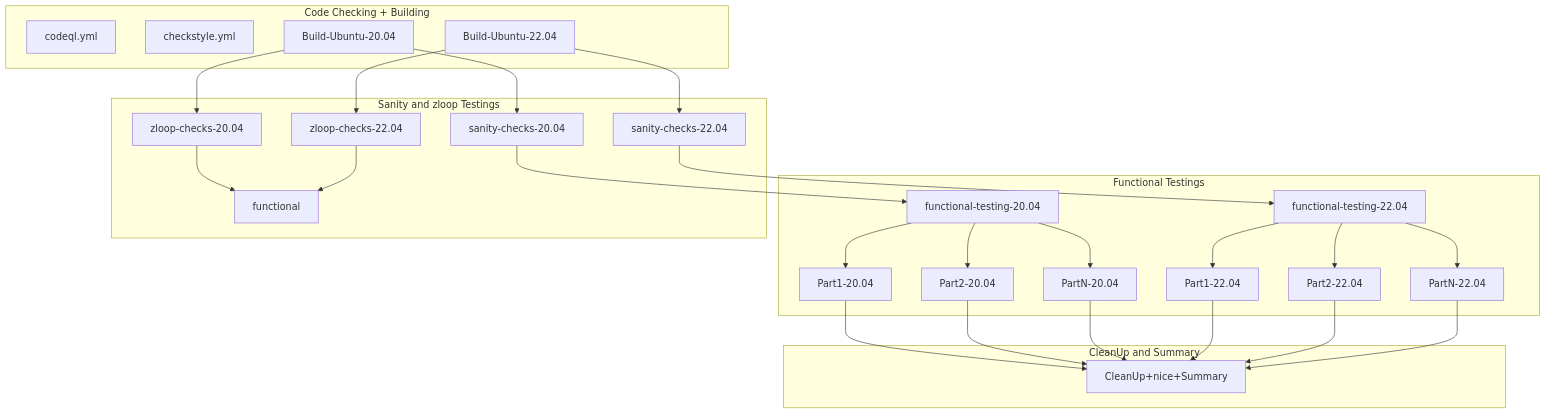
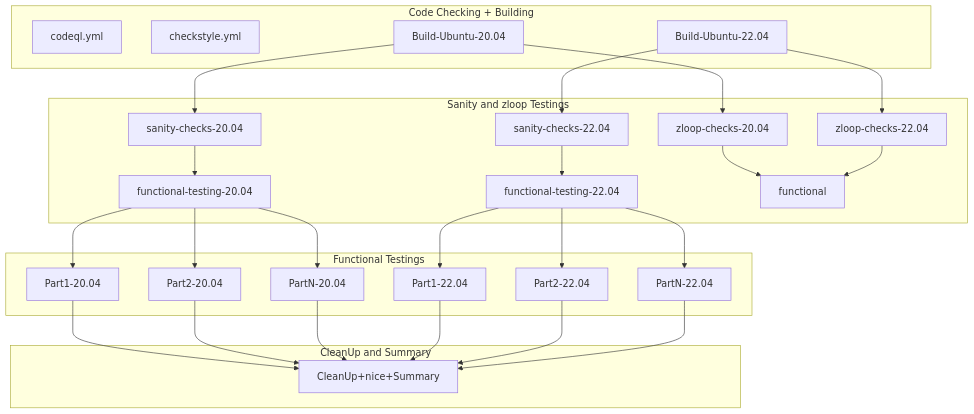
One commit to andrewc12/openzfs changed the diagram in .github/workflows/README.md. Above: the diagram before and after it, drawn with Mermaid.

````diff
--- a/.github/workflows/README.md
+++ b/.github/workflows/README.md
@@ -4,59 +4,60 @@
 ```mermaid
 flowchart TB
-subgraph CleanUp and Summary
-  CleanUp+nice+Summary
+subgraph Code Checking + Building
+  codeql.yml
+  checkstyle.yml
+  Build-Ubuntu-20.04
+  Build-Ubuntu-22.04
+  Build-Ubuntu-20.04
+  Build-Ubuntu-22.04
+end
+
+subgraph Sanity and zloop Testings
+  sanity-checks-20.04
+  functional-testing-20.04
+  sanity-checks-22.04
+  functional-testing-22.04
+  zloop-checks-20.04
+  functional
+  zloop-checks-22.04
 end
 
 subgraph Functional Testings
   functional-testing-20.04
   functional-testing-22.04
   Part1-20.04
   Part2-20.04
   PartN-20.04
   Part1-22.04
   Part2-22.04
   PartN-22.04
 end
 
-subgraph Sanity and zloop Testings
-  sanity-checks-20.04
-  functional-testing-20.04
-  sanity-checks-22.04
-  functional-testing-22.04
-  zloop-checks-20.04
-  functional
-  zloop-checks-22.04
+subgraph CleanUp and Summary
+  CleanUp+nice+Summary
 end
 
-subgraph Code Checking + Building
-  codeql.yml
-  checkstyle.yml
-  Build-Ubuntu-20.04
-  Build-Ubuntu-22.04
-  Build-Ubuntu-20.04
-  Build-Ubuntu-22.04
-end
   Build-Ubuntu-20.04-->sanity-checks-20.04
   Build-Ubuntu-22.04-->sanity-checks-22.04
   Build-Ubuntu-20.04-->zloop-checks-20.04
   Build-Ubuntu-22.04-->zloop-checks-22.04
 
   sanity-checks-20.04-->functional-testing-20.04
   sanity-checks-22.04-->functional-testing-22.04
   zloop-checks-20.04-->functional
   zloop-checks-22.04-->functional
 
   functional-testing-20.04-->Part1-20.04
   functional-testing-20.04-->Part2-20.04
   functional-testing-20.04-->PartN-20.04
   functional-testing-22.04-->Part1-22.04
   functional-testing-22.04-->Part2-22.04
   functional-testing-22.04-->PartN-22.04
 
   Part1-20.04-->CleanUp+nice+Summary
   Part2-20.04-->CleanUp+nice+Summary
   PartN-20.04-->CleanUp+nice+Summary
   Part1-22.04-->CleanUp+nice+Summary
   Part2-22.04-->CleanUp+nice+Summary
   PartN-22.04-->CleanUp+nice+Summary
 ```
````
